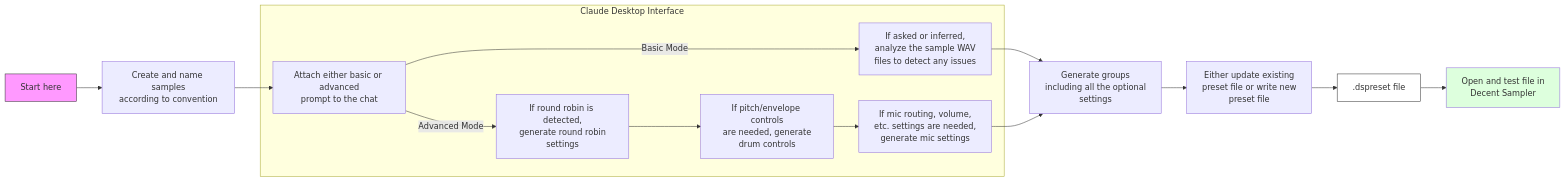
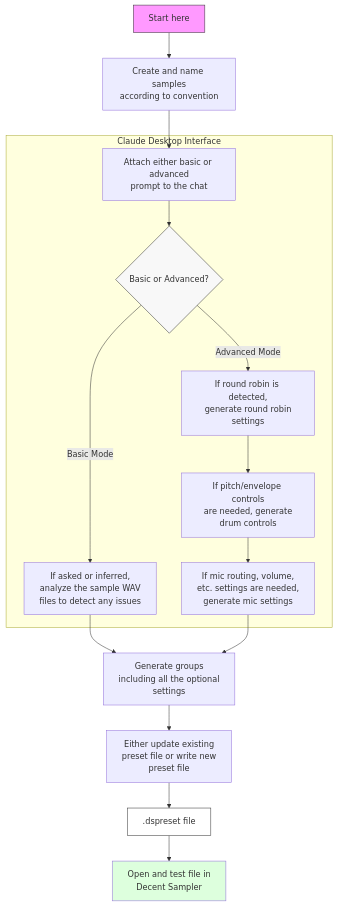
The first of 2 diagrams in docs/workflows.md (dandeliongold/mcp-decent-sampler-drums), drawn with Mermaid before and after one commit.

Commit message:
Re-orient basic workflow diagram for better readabilty

````diff
--- a/docs/workflows.md
+++ b/docs/workflows.md
@@ -7,22 +7,25 @@
 ```mermaid
-graph LR
+graph TB
     Start[Start here] --> CreateSamples[Create and name samples<br/>according to convention]
     CreateSamples --> AttachPrompt[Attach either basic or advanced<br/>prompt to the chat]
     
     subgraph "Claude Desktop Interface"
-        AttachPrompt --> |Basic Mode| BasicAnalysis[If asked or inferred,<br/>analyze the sample WAV<br/>files to detect any issues]
-        AttachPrompt --> |Advanced Mode| RoundRobin[If round robin is detected,<br/>generate round robin<br/>settings]
+        AttachPrompt --> Decision{Basic or Advanced?}
+        Decision --> |Basic Mode| BasicAnalysis[If asked or inferred,<br/>analyze the sample WAV<br/>files to detect any issues]
+        Decision --> |Advanced Mode| RoundRobin[If round robin is detected,<br/>generate round robin<br/>settings]
         RoundRobin --> Controls[If pitch/envelope controls<br/>are needed, generate<br/>drum controls]
         Controls --> MicRouting[If mic routing, volume,<br/>etc. settings are needed,<br/>generate mic settings]
     end
     
     BasicAnalysis --> GenerateGroups[Generate groups<br/>including all the optional<br/>settings]
     MicRouting --> GenerateGroups
+    
     GenerateGroups --> UpdatePreset[Either update existing<br/>preset file or write new<br/>preset file]
     UpdatePreset --> PresetFile[.dspreset file]
     PresetFile --> TestFile[Open and test file in<br/>Decent Sampler]
     
     style Start fill:#f9f,stroke:#333
     style PresetFile fill:#fff,stroke:#333
     style TestFile fill:#dfd
+    style Decision fill:#f8f8f8,stroke:#333
 ```
````
